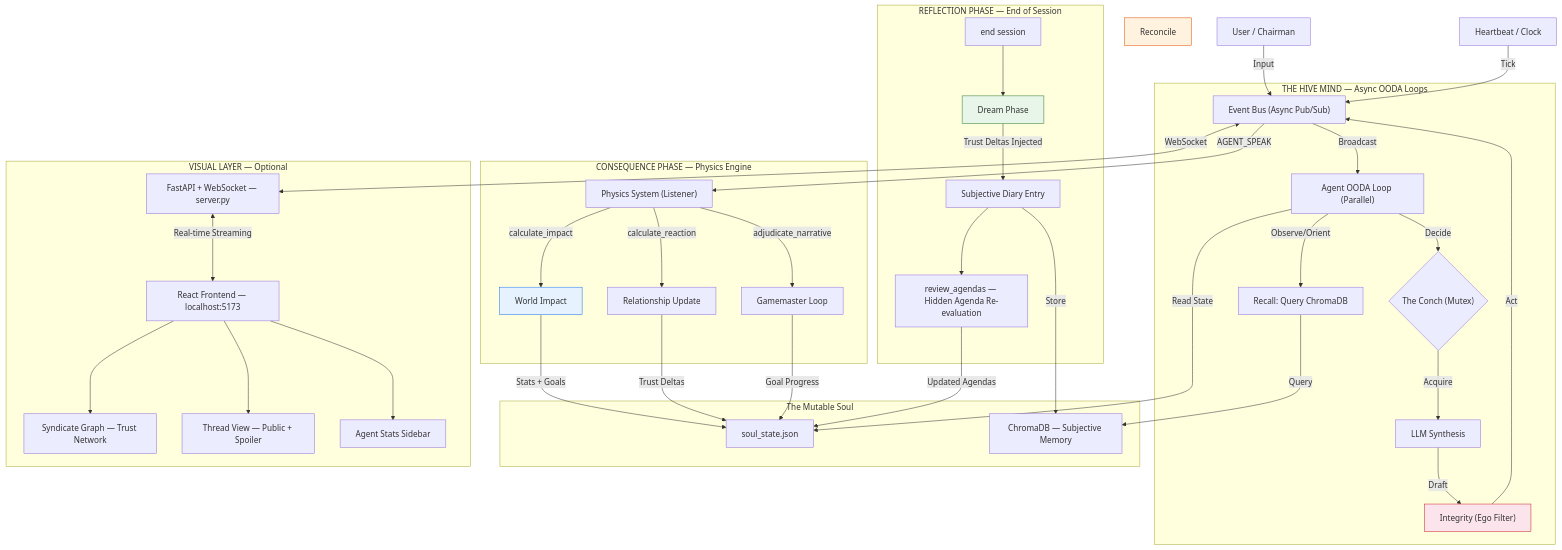
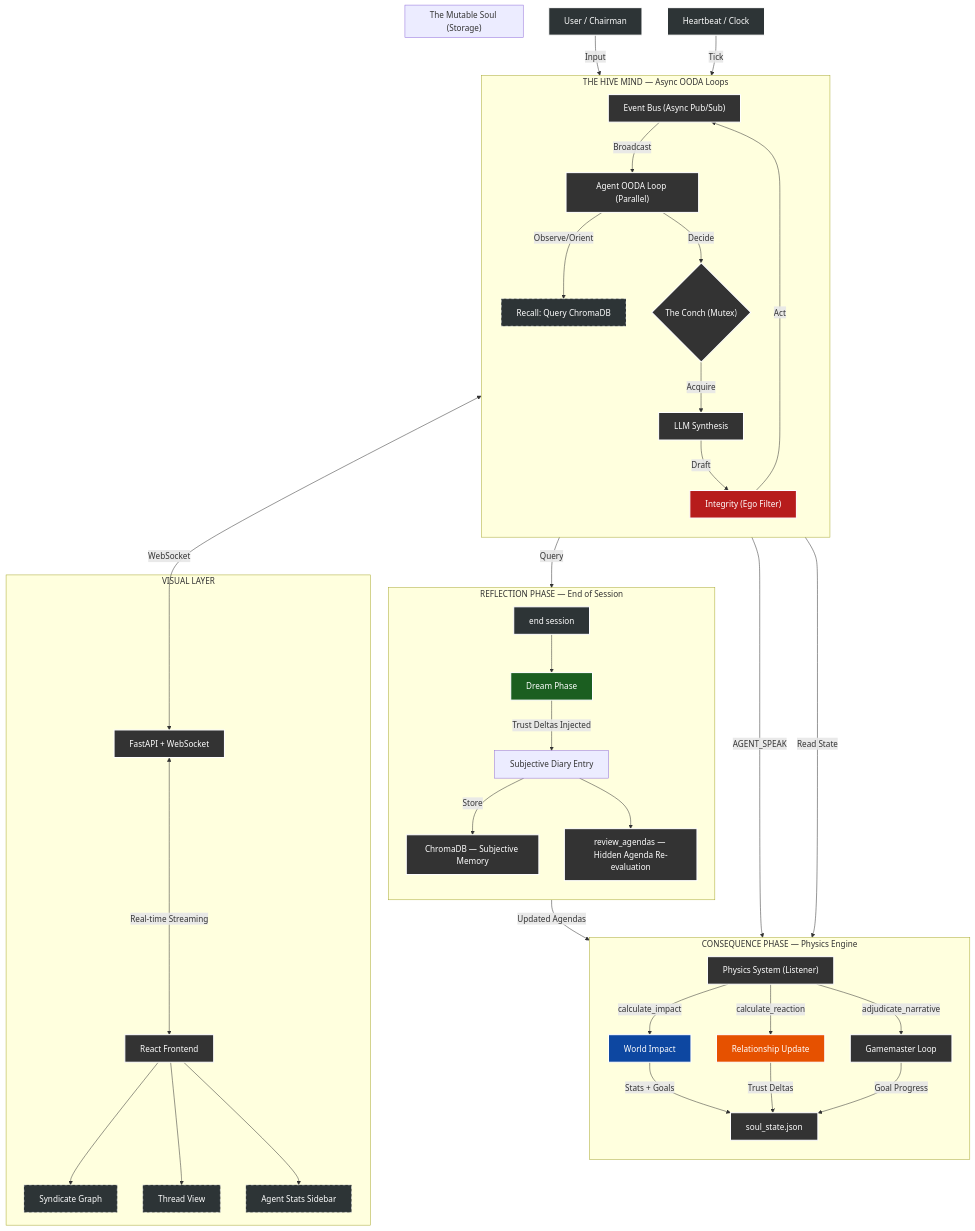
Before and after one commit to hardikrawat/Iron-Council-v2.0: the diagram in docs/architecture.mermaid, drawn with Mermaid. The commit also changed 3 other files, not shown here.

```diff
--- a/docs/architecture.mermaid
+++ b/docs/architecture.mermaid
@@ -1,58 +1,68 @@
 %% IRON COUNCIL v2.0 — Full System Architecture
 %% BDI Cognitive Architecture with Separation of Powers
 
 graph TD
-    User["User / Chairman"] -->|Input| EventBus["Event Bus (Async Pub/Sub)"]
-    Heartbeat["Heartbeat / Clock"] -->|Tick| EventBus
+    %% High-Contrast Theme for Light/Dark Mode Compatibility
+    classDef darkNode fill:#333,stroke:#fff,stroke-width:2px,color:#fff;
+    classDef inputNode fill:#2d3436,stroke:#fff,stroke-width:2px,color:#fff;
+    classDef looseNode fill:#2d3436,stroke:#fff,stroke-width:1px,color:#fff,stroke-dasharray: 5 5;
+
+    User["User / Chairman"]:::inputNode -->|Input| EventBus["Event Bus (Async Pub/Sub)"]:::darkNode
+    Heartbeat["Heartbeat / Clock"]:::inputNode -->|Tick| EventBus
 
     subgraph "THE HIVE MIND — Async OODA Loops"
-        EventBus -->|Broadcast| OODA["Agent OODA Loop (Parallel)"]
-        OODA -->|Observe/Orient| Recall["Recall: Query ChromaDB"]
-        OODA -->|Decide| Lock{"The Conch (Mutex)"}
-        Lock -->|Acquire| LLM["LLM Synthesis"]
+        direction TB
+        EventBus -->|Broadcast| OODA["Agent OODA Loop (Parallel)"]:::darkNode
+        OODA -->|Observe/Orient| Recall["Recall: Query ChromaDB"]:::looseNode
+        OODA -->|Decide| Lock{"The Conch (Mutex)"}:::darkNode
+        Lock -->|Acquire| LLM["LLM Synthesis"]:::darkNode
         LLM -->|Draft| Ego["Integrity (Ego Filter)"]
         Ego -->|Act| EventBus
     end
 
-    subgraph "The Mutable Soul"
-        JSON["soul_state.json"]
-        Vector["ChromaDB — Subjective Memory"]
-        Recall -->|Query| Vector
-        OODA -->|Read State| JSON
-    end
-
     subgraph "CONSEQUENCE PHASE — Physics Engine"
-        EventBus -->|AGENT_SPEAK| PhysicsSys["Physics System (Listener)"]
+        direction TB
+        EventBus -->|AGENT_SPEAK| PhysicsSys["Physics System (Listener)"]:::darkNode
         PhysicsSys -->|calculate_impact| PhysicsUA["World Impact"]
         PhysicsUA -->|Stats + Goals| JSON
         
         PhysicsSys -->|calculate_reaction| PhysicsAA["Relationship Update"]
         PhysicsAA -->|Trust Deltas| JSON
 
-        PhysicsSys -->|adjudicate_narrative| GM["Gamemaster Loop"]
+        PhysicsSys -->|adjudicate_narrative| GM["Gamemaster Loop"]:::darkNode
         GM -->|Goal Progress| JSON
     end
 
     subgraph "REFLECTION PHASE — End of Session"
-        EndSession["end session"] --> Dream["Dream Phase"]
+        direction TB
+        EndSession["end session"]:::inputNode --> Dream["Dream Phase"]
         Dream -->|Trust Deltas Injected| Diary["Subjective Diary Entry"]
         Diary -->|Store| Vector
-        Diary --> Agenda["review_agendas — Hidden Agenda Re-evaluation"]
+        Diary --> Agenda["review_agendas — Hidden Agenda Re-evaluation"]:::darkNode
         Agenda -->|Updated Agendas| JSON
     end
 
-    subgraph "VISUAL LAYER — Optional"
-        Server["FastAPI + WebSocket — server.py"]
-        UI["React Frontend — localhost:5173"]
+    subgraph "VISUAL LAYER"
+        Server["FastAPI + WebSocket"]:::darkNode
+        UI["React Frontend"]:::darkNode
         Server <-->|Real-time Streaming| UI
-        UI --> Graph["Syndicate Graph — Trust Network"]
-        UI --> Thread["Thread View — Public + Spoiler"]
-        UI --> Stats["Agent Stats Sidebar"]
+        UI --> Graph["Syndicate Graph"]:::looseNode
+        UI --> Thread["Thread View"]:::looseNode
+        UI --> Stats["Agent Stats Sidebar"]:::looseNode
+    end
+    
+    EventBus <-->|WebSocket| Server
+
+    %% Storage Layer (Moved to bottom to prevent crossing lines)
+    subgraph "The Mutable Soul (Storage)"
+        JSON["soul_state.json"]:::darkNode
+        Vector["ChromaDB — Subjective Memory"]:::darkNode
+        Recall -->|Query| Vector
+        OODA -->|Read State| JSON
     end
 
-    EventBus <-->|WebSocket| Server
-
-    style PhysicsUA fill:#e6f3ff,stroke:#1a73e8
-    style Reconcile fill:#fff3e0,stroke:#e65100
-    style Dream fill:#e8f5e9,stroke:#2e7d32
-    style Ego fill:#fce4ec,stroke:#c62828
+    %% High Contrast Styles (Using Hex for consistency)
+    style PhysicsUA fill:#0d47a1,stroke:#fff,stroke-width:2px,color:#fff
+    style PhysicsAA fill:#e65100,stroke:#fff,stroke-width:2px,color:#fff
+    style Dream fill:#1b5e20,stroke:#fff,stroke-width:2px,color:#fff
+    style Ego fill:#b71c1c,stroke:#fff,stroke-width:2px,color:#fff
```
